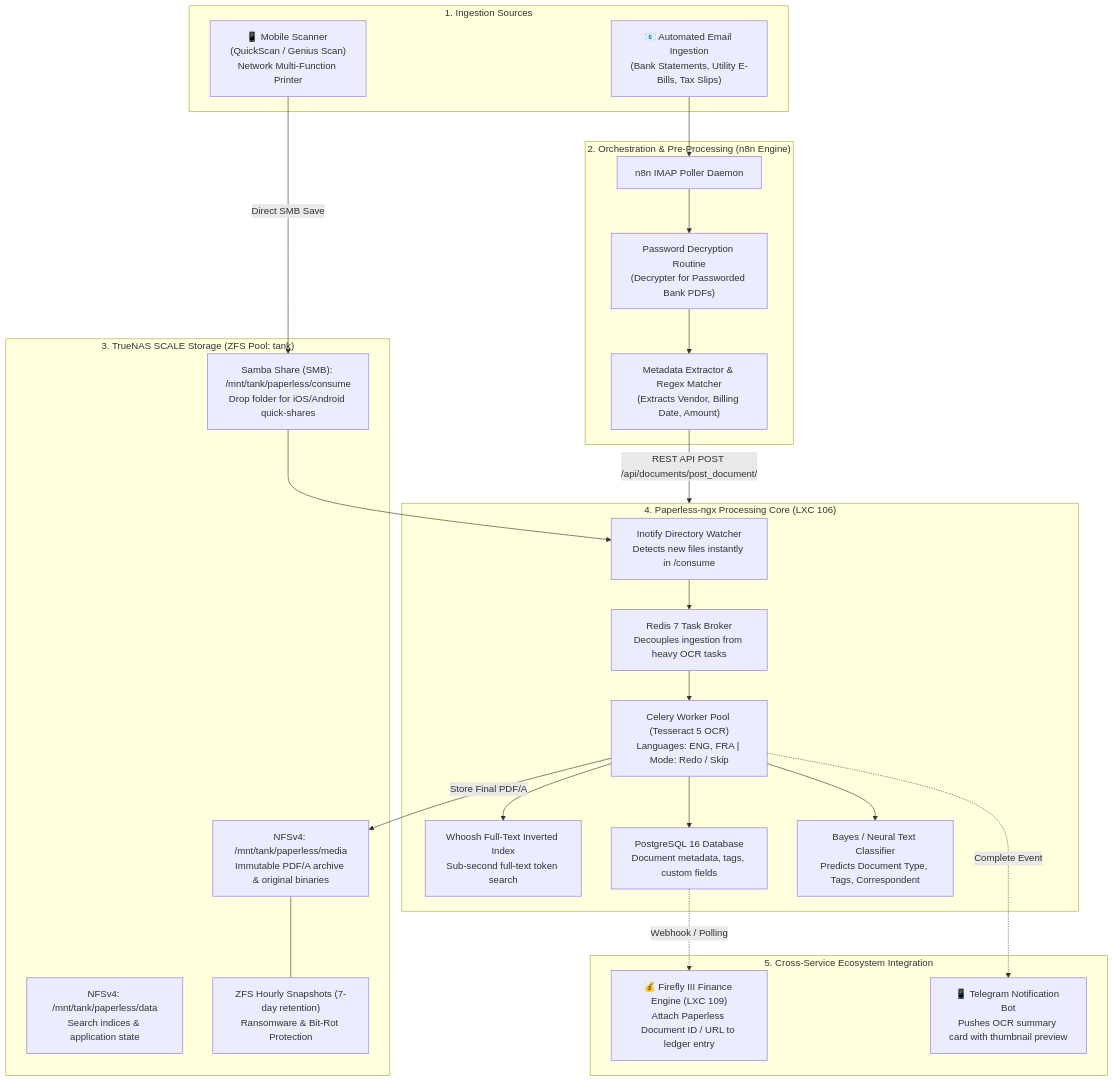
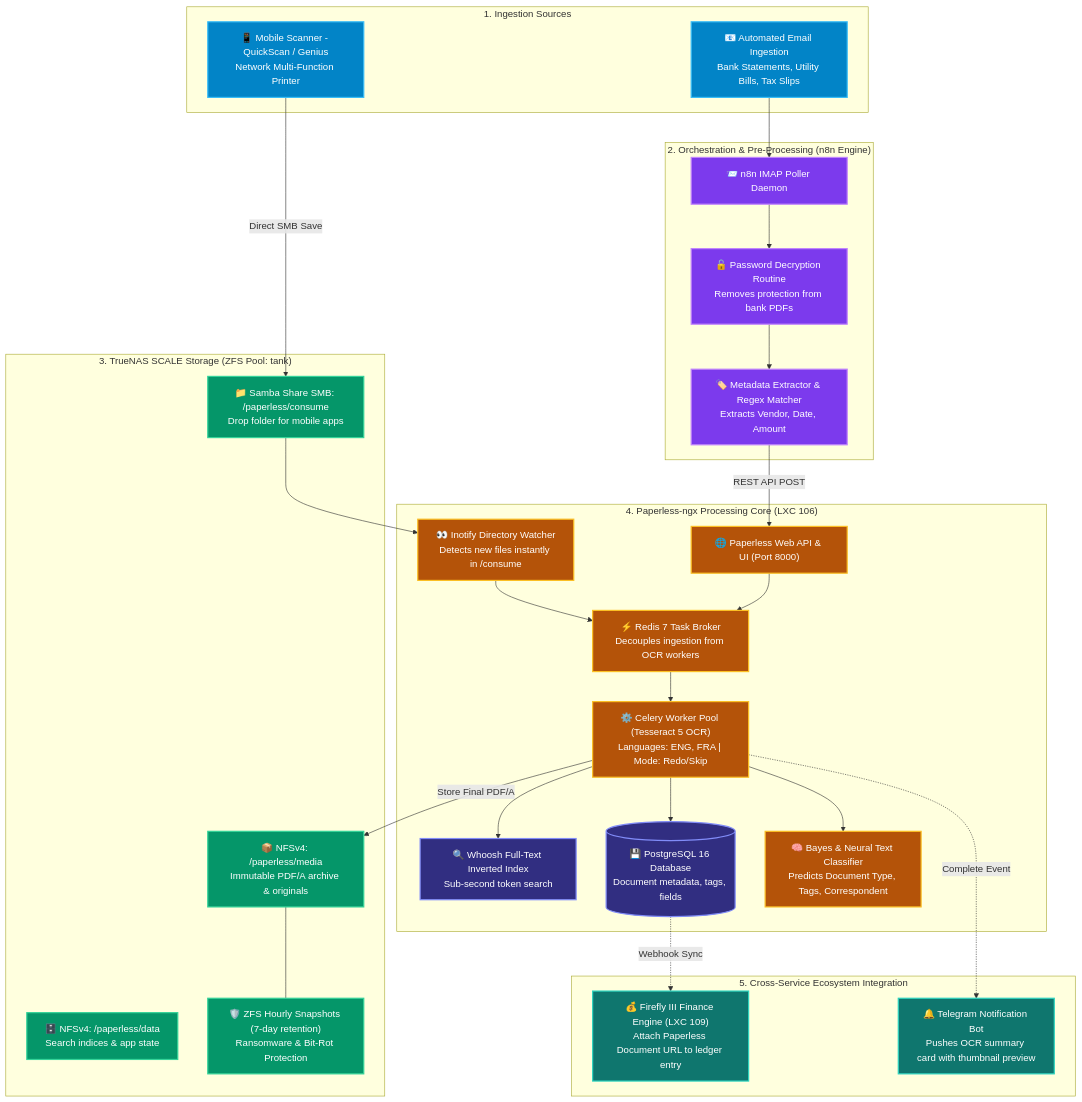
One commit to nishilshah/homelab-blueprints changed the diagram in services/paperless-ngx/README.md. Above: the diagram before and after it, drawn with Mermaid. The commit also changed 14 other files, not shown here.

Commit message:
fix(docs): resolve GitHub Mermaid rendering errors and add vibrant color themes across all diagrams

````diff
--- a/services/paperless-ngx/README.md
+++ b/services/paperless-ngx/README.md
@@ -28,49 +28,62 @@
 ```mermaid
 flowchart TD
+    classDef source fill:#0284c7,stroke:#38bdf8,stroke-width:2px,color:#ffffff;
+    classDef n8n fill:#7c3aed,stroke:#c084fc,stroke-width:2px,color:#ffffff;
+    classDef storage fill:#059669,stroke:#34d399,stroke-width:2px,color:#ffffff;
+    classDef core fill:#b45309,stroke:#fbbf24,stroke-width:2px,color:#ffffff;
+    classDef db fill:#312e81,stroke:#818cf8,stroke-width:2px,color:#ffffff;
+    classDef link fill:#0f766e,stroke:#2dd4bf,stroke-width:2px,color:#ffffff;
+
     subgraph CaptureLayer ["1. Ingestion Sources"]
-        Scanner["📱 Mobile Scanner (QuickScan / Genius Scan)<br/>Network Multi-Function Printer"]
-        Email["📧 Automated Email Ingestion<br/>(Bank Statements, Utility E-Bills, Tax Slips)"]
+        Scanner["📱 Mobile Scanner - QuickScan / Genius<br/>Network Multi-Function Printer"]:::source
+        Email["📧 Automated Email Ingestion<br/>Bank Statements, Utility Bills, Tax Slips"]:::source
     end
 
     subgraph n8nLayer ["2. Orchestration & Pre-Processing (n8n Engine)"]
-        IMAP["n8n IMAP Poller Daemon"]
-        Decrypt["Password Decryption Routine<br/>(Decrypter for Passworded Bank PDFs)"]
-        PreTag["Metadata Extractor & Regex Matcher<br/>(Extracts Vendor, Billing Date, Amount)"]
+        IMAP["📨 n8n IMAP Poller Daemon"]:::n8n
+        Decrypt["🔓 Password Decryption Routine<br/>Removes protection from bank PDFs"]:::n8n
+        PreTag["🏷️ Metadata Extractor & Regex Matcher<br/>Extracts Vendor, Date, Amount"]:::n8n
         
-        Email --> IMAP --> Decrypt --> PreTag
+        Email --> IMAP
+        IMAP --> Decrypt
+        Decrypt --> PreTag
     end
 
     subgraph StorageLayer ["3. TrueNAS SCALE Storage (ZFS Pool: tank)"]
-        SMB["Samba Share (SMB): /mnt/tank/paperless/consume<br/>Drop folder for iOS/Android quick-shares"]
-        NFS_Data["NFSv4: /mnt/tank/paperless/data<br/>Search indices & application state"]
-        NFS_Media["NFSv4: /mnt/tank/paperless/media<br/>Immutable PDF/A archive & original binaries"]
-        ZFS_Snap["ZFS Hourly Snapshots (7-day retention)<br/>Ransomware & Bit-Rot Protection"]
+        SMB["📁 Samba Share SMB: /paperless/consume<br/>Drop folder for mobile apps"]:::storage
+        NFS_Data["🗄️ NFSv4: /paperless/data<br/>Search indices & app state"]:::storage
+        NFS_Media["📦 NFSv4: /paperless/media<br/>Immutable PDF/A archive & originals"]:::storage
+        ZFS_Snap["🛡️ ZFS Hourly Snapshots (7-day retention)<br/>Ransomware & Bit-Rot Protection"]:::storage
         
         NFS_Media --- ZFS_Snap
     end
 
-    subgraph PaperlessLXC ["4. Paperless-ngx Processing Core (LXC 106)"]
-        Inotify["Inotify Directory Watcher<br/>Detects new files instantly in /consume"]
-        RedisQ["Redis 7 Task Broker<br/>Decouples ingestion from heavy OCR tasks"]
-        WorkerPool["Celery Worker Pool (Tesseract 5 OCR)<br/>Languages: ENG, FRA | Mode: Redo / Skip"]
-        Whoosh["Whoosh Full-Text Inverted Index<br/>Sub-second full-text token search"]
-        Postgres["PostgreSQL 16 Database<br/>Document metadata, tags, custom fields"]
-        ML["Bayes / Neural Text Classifier<br/>Predicts Document Type, Tags, Correspondent"]
+    subgraph PaperlessCore ["4. Paperless-ngx Processing Core (LXC 106)"]
+        WebAPI["🌐 Paperless Web API & UI (Port 8000)"]:::core
+        Inotify["👀 Inotify Directory Watcher<br/>Detects new files instantly in /consume"]:::core
+        RedisQ["⚡ Redis 7 Task Broker<br/>Decouples ingestion from OCR workers"]:::core
+        WorkerPool["⚙️ Celery Worker Pool (Tesseract 5 OCR)<br/>Languages: ENG, FRA | Mode: Redo/Skip"]:::core
+        Whoosh["🔍 Whoosh Full-Text Inverted Index<br/>Sub-second token search"]:::db
+        Postgres[("💾 PostgreSQL 16 Database<br/>Document metadata, tags, fields")]:::db
+        ML["🧠 Bayes & Neural Text Classifier<br/>Predicts Document Type, Tags, Correspondent"]:::core
         
-        Inotify --> RedisQ --> WorkerPool
+        Inotify --> RedisQ
+        WebAPI --> RedisQ
+        RedisQ --> WorkerPool
         WorkerPool --> Whoosh
         WorkerPool --> Postgres
         WorkerPool --> ML
     end
 
     subgraph CrossLinkage ["5. Cross-Service Ecosystem Integration"]
-        Firefly["💰 Firefly III Finance Engine (LXC 109)<br/>Attach Paperless Document ID / URL to ledger entry"]
-        TG["📱 Telegram Notification Bot<br/>Pushes OCR summary card with thumbnail preview"]
+        Firefly["💰 Firefly III Finance Engine (LXC 109)<br/>Attach Paperless Document URL to ledger entry"]:::link
+        TG["🔔 Telegram Notification Bot<br/>Pushes OCR summary card with thumbnail preview"]:::link
     end
 
-    Scanner -->|Direct SMB Save| SMB --> Inotify
-    PreTag -->|REST API POST /api/documents/post_document/| PaperlessLXC
+    Scanner -->|Direct SMB Save| SMB
+    SMB --> Inotify
+    PreTag -->|REST API POST| WebAPI
     WorkerPool -->|Store Final PDF/A| NFS_Media
-    Postgres -.->|Webhook / Polling| Firefly
+    Postgres -.->|Webhook Sync| Firefly
     WorkerPool -.->|Complete Event| TG
 ```
````
